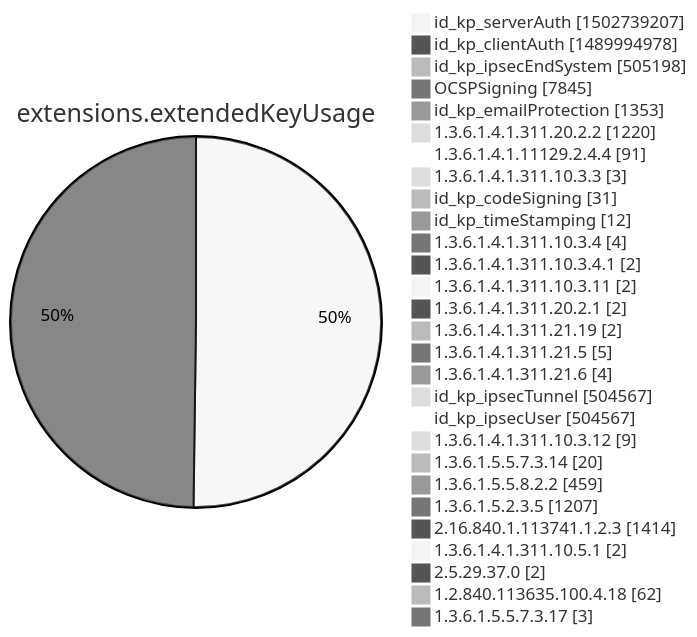
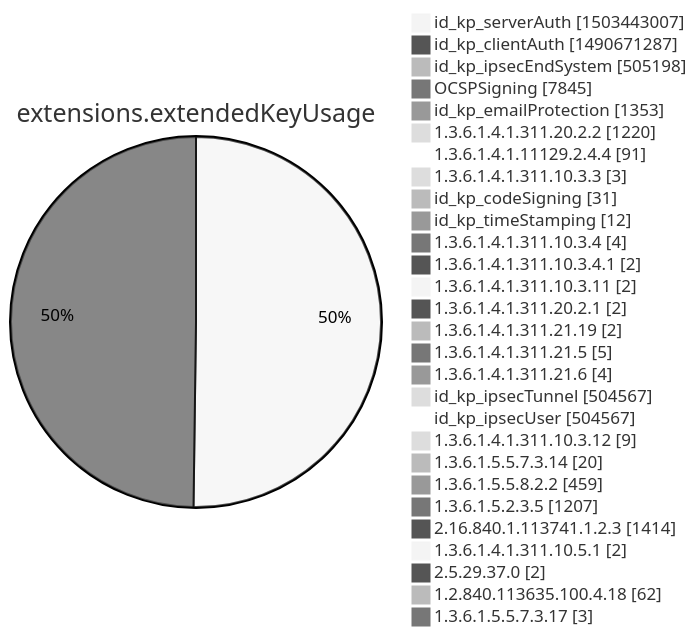
Diagram 12 of 15 in xenon2022/README.md (christiankrug/ctmonitor_visualization), drawn with Mermaid (neutral theme) before and after one commit. The commit also changed other lines of this file, not shown here.

````diff
--- a/xenon2022/README.md
+++ b/xenon2022/README.md
@@ -3875,32 +3875,32 @@
 ```mermaid
 pie showData
 title extensions.extendedKeyUsage
-"id_kp_serverAuth" :1502739207
-"id_kp_clientAuth" :1489994978
+"id_kp_serverAuth" :1503443007
+"id_kp_clientAuth" :1490671287
 "id_kp_ipsecEndSystem" :505198
 "OCSPSigning" :7845
 "id_kp_emailProtection" :1353
 "1.3.6.1.4.1.311.20.2.2" :1220
 "1.3.6.1.4.1.11129.2.4.4" :91
 "1.3.6.1.4.1.311.10.3.3" :3
 "id_kp_codeSigning" :31
 "id_kp_timeStamping" :12
 "1.3.6.1.4.1.311.10.3.4" :4
 "1.3.6.1.4.1.311.10.3.4.1" :2
 "1.3.6.1.4.1.311.10.3.11" :2
 "1.3.6.1.4.1.311.20.2.1" :2
 "1.3.6.1.4.1.311.21.19" :2
 "1.3.6.1.4.1.311.21.5" :5
 "1.3.6.1.4.1.311.21.6" :4
 "id_kp_ipsecTunnel" :504567
 "id_kp_ipsecUser" :504567
 "1.3.6.1.4.1.311.10.3.12" :9
 "1.3.6.1.5.5.7.3.14" :20
 "1.3.6.1.5.5.8.2.2" :459
 "1.3.6.1.5.2.3.5" :1207
 "2.16.840.1.113741.1.2.3" :1414
 "1.3.6.1.4.1.311.10.5.1" :2
 "2.5.29.37.0" :2
 "1.2.840.113635.100.4.18" :62
 "1.3.6.1.5.5.7.3.17" :3
 ```
````
